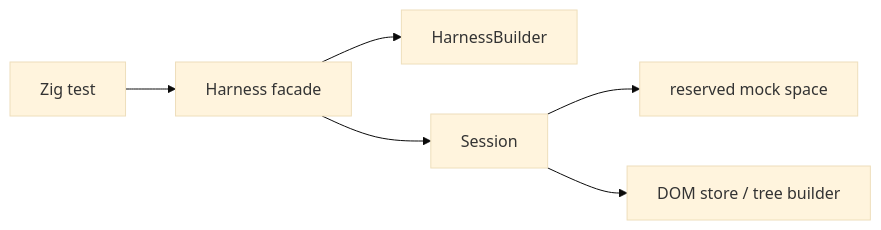
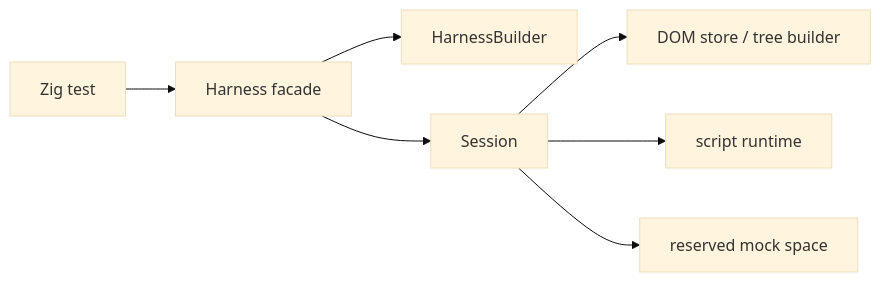
Before and after one commit to finitefield-org/browser-tester: the diagram in zig/doc/architecture.md, drawn with Mermaid (base theme). The commit also changed other lines of this file and 26 other files, not shown here.

````diff
--- a/zig/doc/architecture.md
+++ b/zig/doc/architecture.md
@@ -65,8 +68,9 @@
 ```mermaid
 flowchart LR
   T["Zig test"] --> H["Harness facade"]
   H --> B["HarnessBuilder"]
   H --> S["Session"]
+  S --> D["DOM store / tree builder"]
+  S --> R["script runtime"]
   S --> M["reserved mock space"]
-  S --> D["DOM store / tree builder"]
 ```
````
